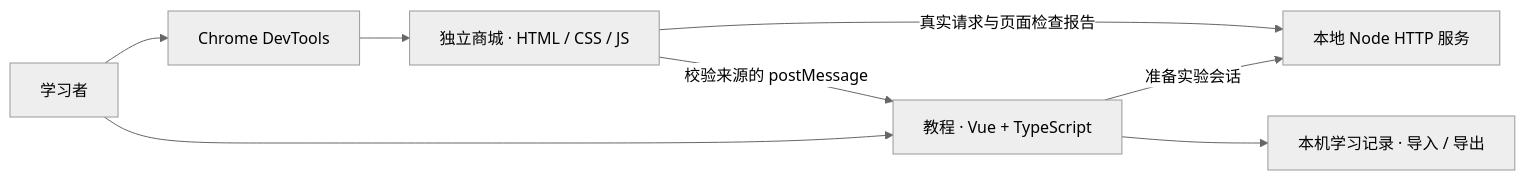
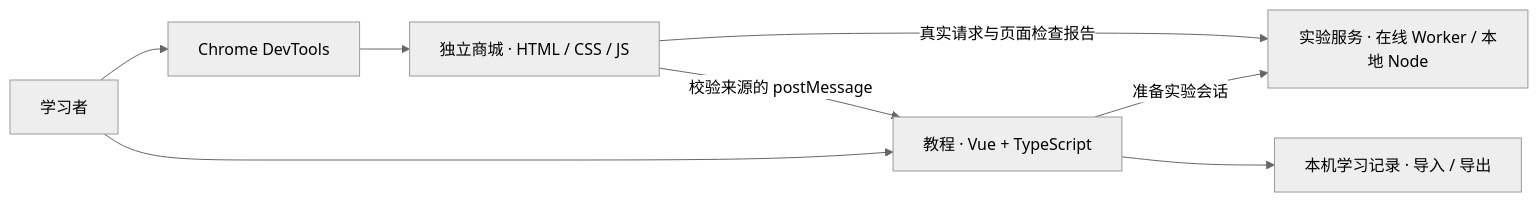
The diagram in README.md (changfengTech/chrome-devtools-learning), drawn with Mermaid (neutral theme) before and after one commit. The commit also changed other lines of this file and 38 other files, not shown here.

````diff
--- a/README.md
+++ b/README.md
@@ -253,10 +276,10 @@
 ```mermaid
 flowchart LR
     Learner[学习者] --> Tutorial[教程 · Vue + TypeScript]
     Learner --> DevTools[Chrome DevTools]
     DevTools --> Shop[独立商城 · HTML / CSS / JS]
-    Tutorial -->|准备实验会话| API[本地 Node HTTP 服务]
+    Tutorial -->|准备实验会话| API[实验服务 · 在线 Worker / 本地 Node]
     Shop -->|真实请求与页面检查报告| API
     Shop -->|校验来源的 postMessage| Tutorial
     Tutorial --> Progress[本机学习记录 · 导入 / 导出]
 ```
````
